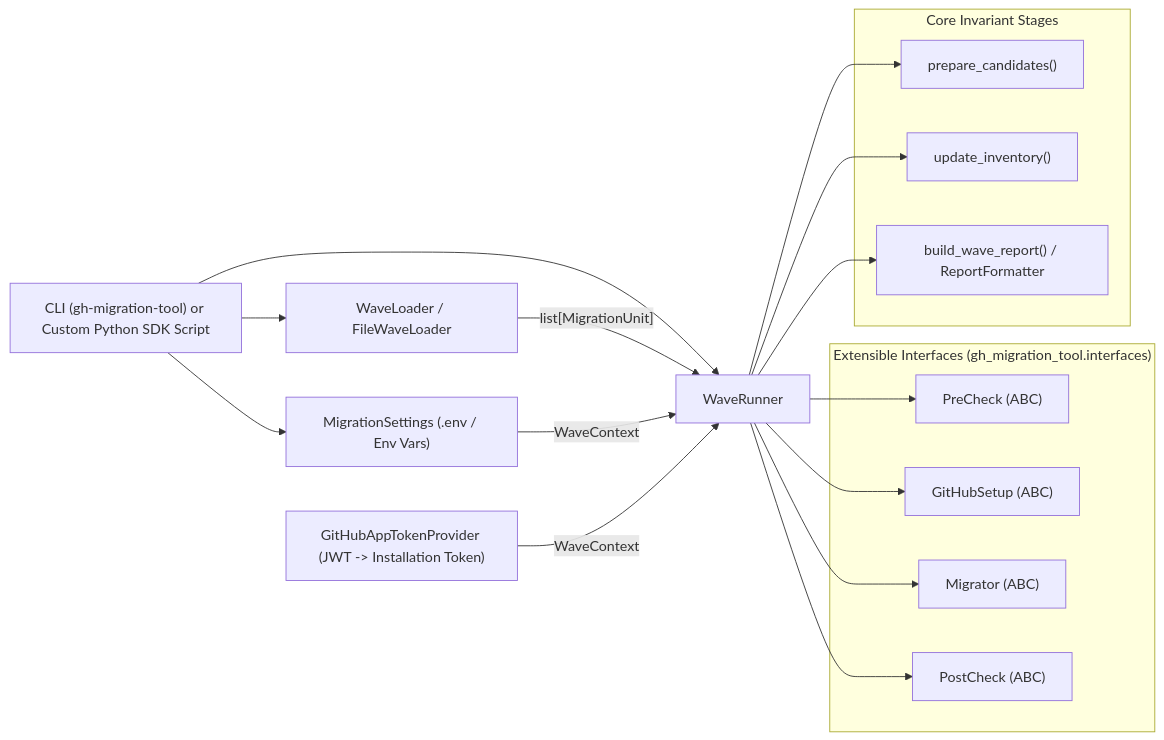
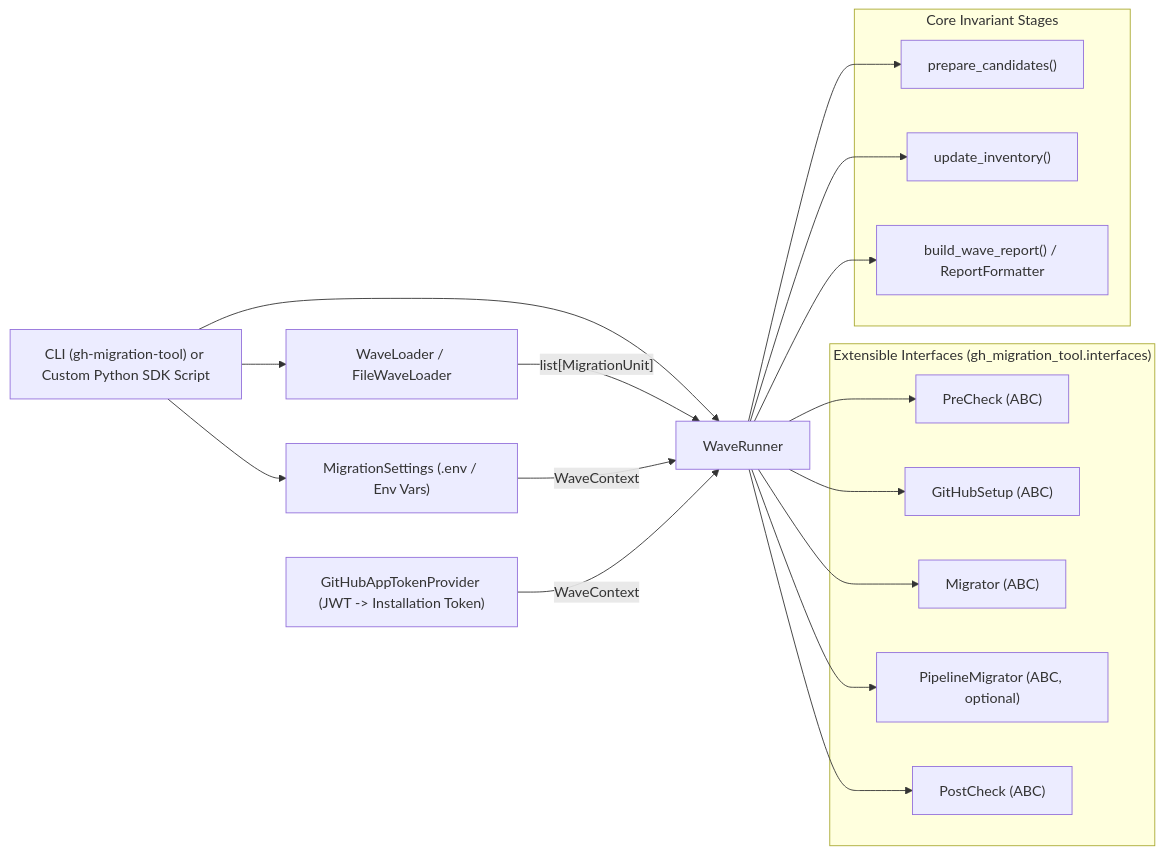
The second of 2 diagrams in README.md (ilegra/gh-migration-tool), drawn with Mermaid before and after one commit. The commit also changed other lines of this file and 7 other files, not shown here.

Commit message:
feat(runner): add optional PipelineMigrator post-migration hook

````diff
--- a/README.md
+++ b/README.md
@@ -79,31 +79,33 @@
 ```mermaid
 flowchart LR
     Caller["CLI (gh-migration-tool) or Custom Python SDK Script"] --> Loader["WaveLoader / FileWaveLoader"]
     Caller --> Settings["MigrationSettings (.env / Env Vars)"]
     Caller --> Runner["WaveRunner"]
 
     Loader -->|"list[MigrationUnit]"| Runner
     Settings -->|"WaveContext"| Runner
     TokenProvider["GitHubAppTokenProvider (JWT -> Installation Token)"] -->|"WaveContext"| Runner
 
     subgraph Extensible["Extensible Interfaces (gh_migration_tool.interfaces)"]
         PreCheck["PreCheck (ABC)"]
         GitHubSetup["GitHubSetup (ABC)"]
         Migrator["Migrator (ABC)"]
+        PipelineMigrator["PipelineMigrator (ABC, optional)"]
         PostCheck["PostCheck (ABC)"]
     end
 
     subgraph Core["Core Invariant Stages"]
         Prepare["prepare_candidates()"]
         Inventory["update_inventory()"]
         Report["build_wave_report() / ReportFormatter"]
     end
 
     Runner --> PreCheck
     Runner --> Prepare
     Runner --> GitHubSetup
     Runner --> Migrator
+    Runner --> PipelineMigrator
     Runner --> PostCheck
     Runner --> Inventory
     Runner --> Report
 ```
````
